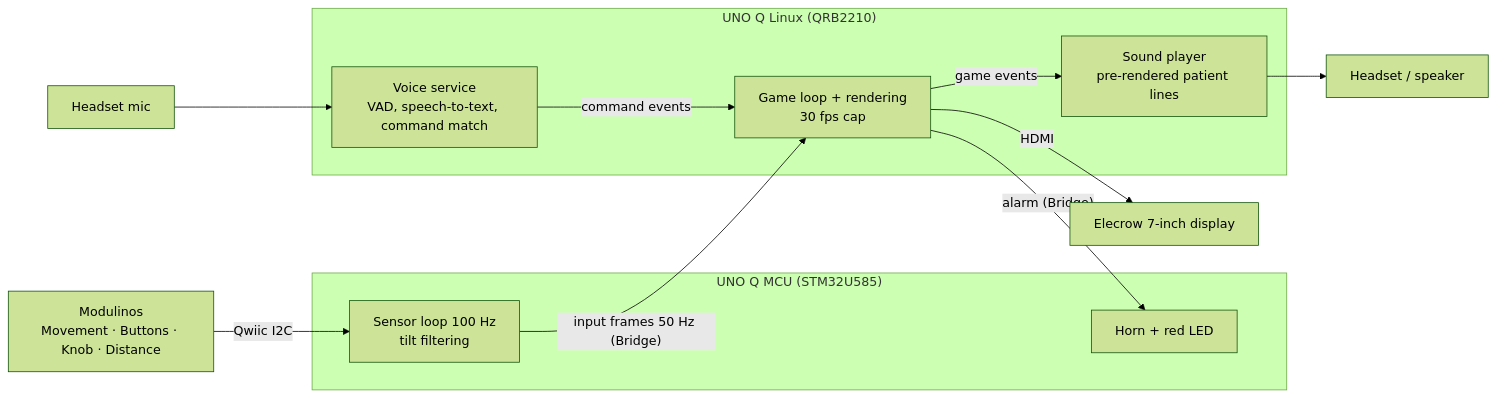
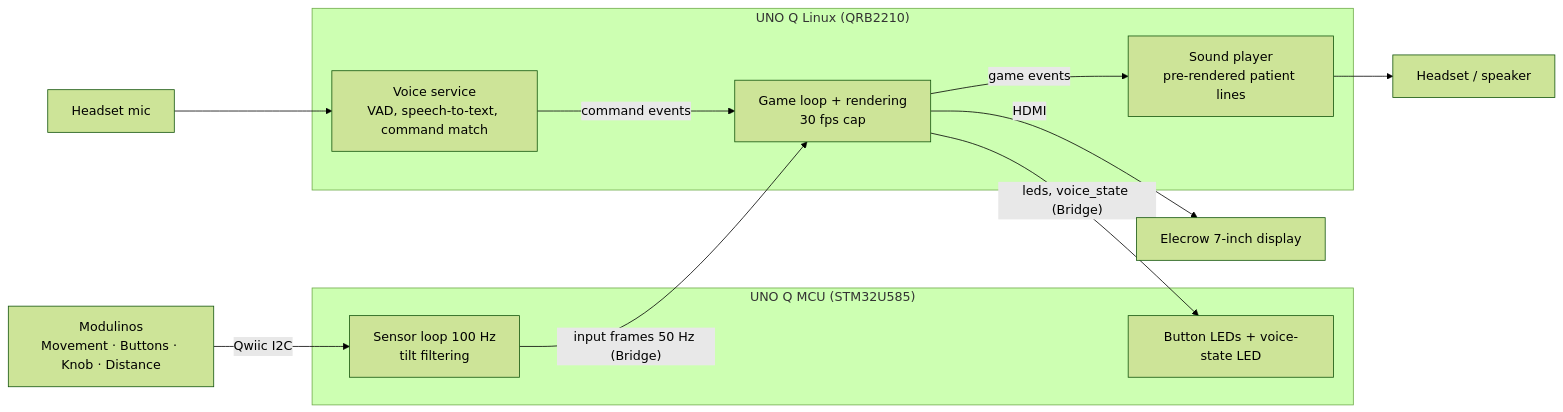
The first of 4 diagrams in PLAN.md (JustCodeX/steadyHands), drawn with Mermaid (forest theme) before and after one commit. The commit also changed other lines of this file and 19 other files, not shown here.

First line of the commit message:
Remove the horn and the red LED from firmware, app and docs

````diff
--- a/PLAN.md
+++ b/PLAN.md
@@ -111,20 +111,20 @@
 ```mermaid
 flowchart LR
   subgraph MCU["UNO Q MCU (STM32U585)"]
     S["Sensor loop 100 Hz<br/>tilt filtering"]
-    O["Horn + red LED"]
+    O["Button LEDs + voice-state LED"]
   end
   subgraph MPU["UNO Q Linux (QRB2210)"]
     G["Game loop + rendering<br/>30 fps cap"]
     V["Voice service<br/>VAD, speech-to-text, command match"]
     A["Sound player<br/>pre-rendered patient lines"]
   end
   MOD["Modulinos<br/>Movement · Buttons · Knob · Distance"] -- "Qwiic I2C" --> S
   S -- "input frames 50 Hz (Bridge)" --> G
-  G -- "alarm (Bridge)" --> O
+  G -- "leds, voice_state (Bridge)" --> O
   H["Headset mic"] --> V
   V -- "command events" --> G
   G -- "game events" --> A
   A --> HP["Headset / speaker"]
   G -- "HDMI" --> D["Elecrow 7-inch display"]
 ```
````
